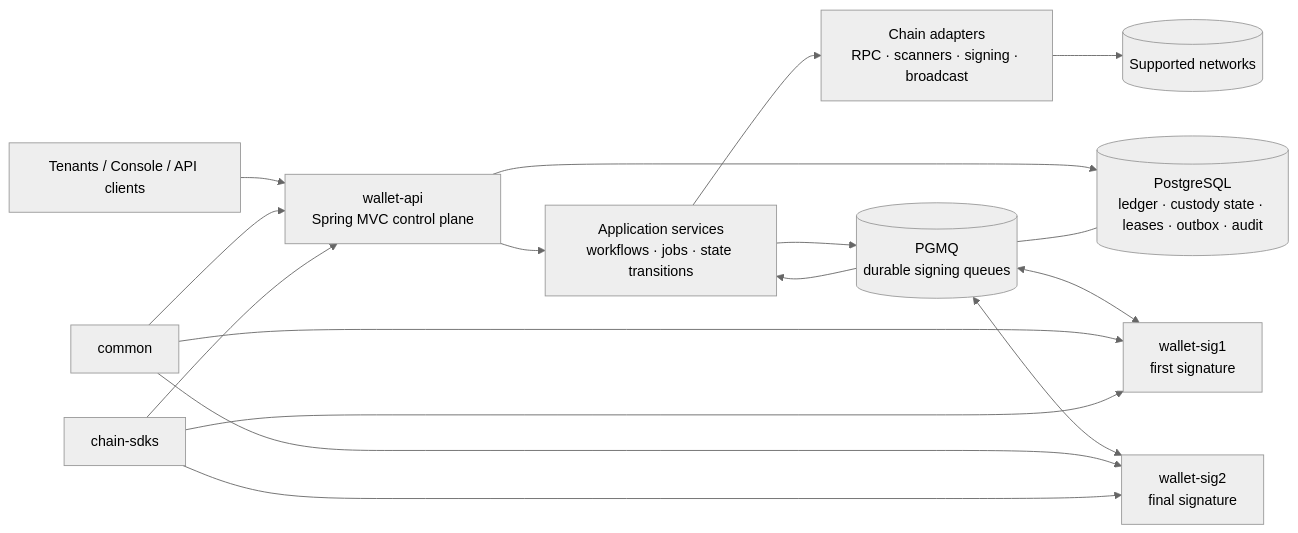
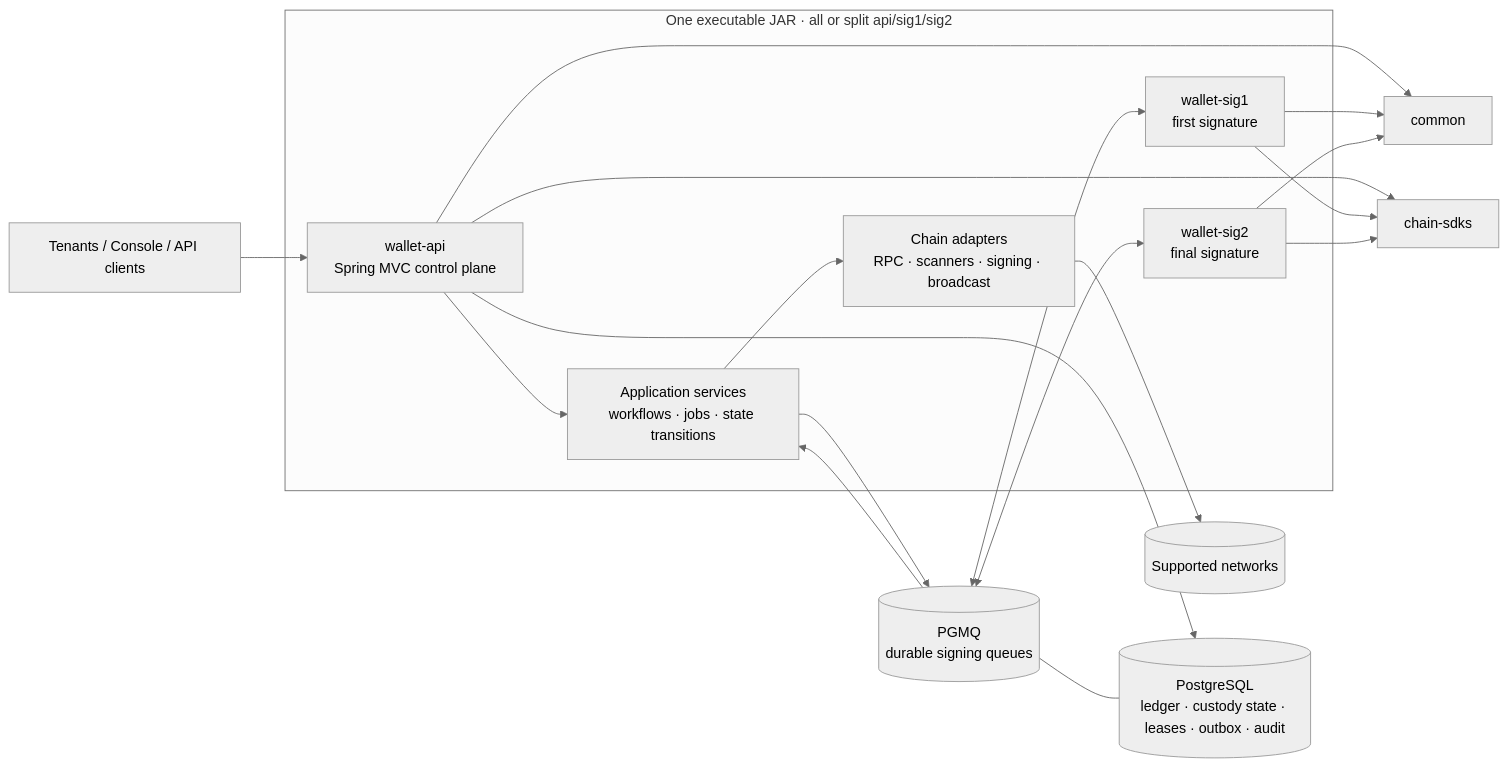
Before and after one commit to lilaizhencn/surprising-wallet: the diagram in README.md, drawn with Mermaid (neutral theme). The commit also changed other lines of this file and 63 other files, not shown here.

Commit message:
Package wallet API and signers in one executable with runtime modes

````diff
--- a/README.md
+++ b/README.md
@@ -79,19 +79,26 @@
 ```mermaid
 flowchart LR
+    subgraph Runtime["One executable JAR · all or split api/sig1/sig2"]
+    API
+    Services
+    Adapters
+    Sig1
+    Sig2
+    end
     Tenant[Tenants / Console / API clients] --> API[wallet-api<br/>Spring MVC control plane]
     API --> Services[Application services<br/>workflows · jobs · state transitions]
     Services --> Adapters[Chain adapters<br/>RPC · scanners · signing · broadcast]
     Adapters --> Networks[(Supported networks)]
     API --> PostgreSQL[(PostgreSQL<br/>ledger · custody state · leases · outbox · audit)]
     Services --> PGMQ[(PGMQ<br/>durable signing queues)]
     PGMQ --- PostgreSQL
     PGMQ <--> Sig1[wallet-sig1<br/>first signature]
     PGMQ <--> Sig2[wallet-sig2<br/>final signature]
     PGMQ --> Services
-    Common[common] --> API
-    Common --> Sig1
-    Common --> Sig2
-    SDKs[chain-sdks] --> API
-    SDKs --> Sig1
-    SDKs --> Sig2
+    API --> Common[common]
+    Sig1 --> Common
+    Sig2 --> Common
+    API --> SDKs[chain-sdks]
+    Sig1 --> SDKs
+    Sig2 --> SDKs
 ```
````
